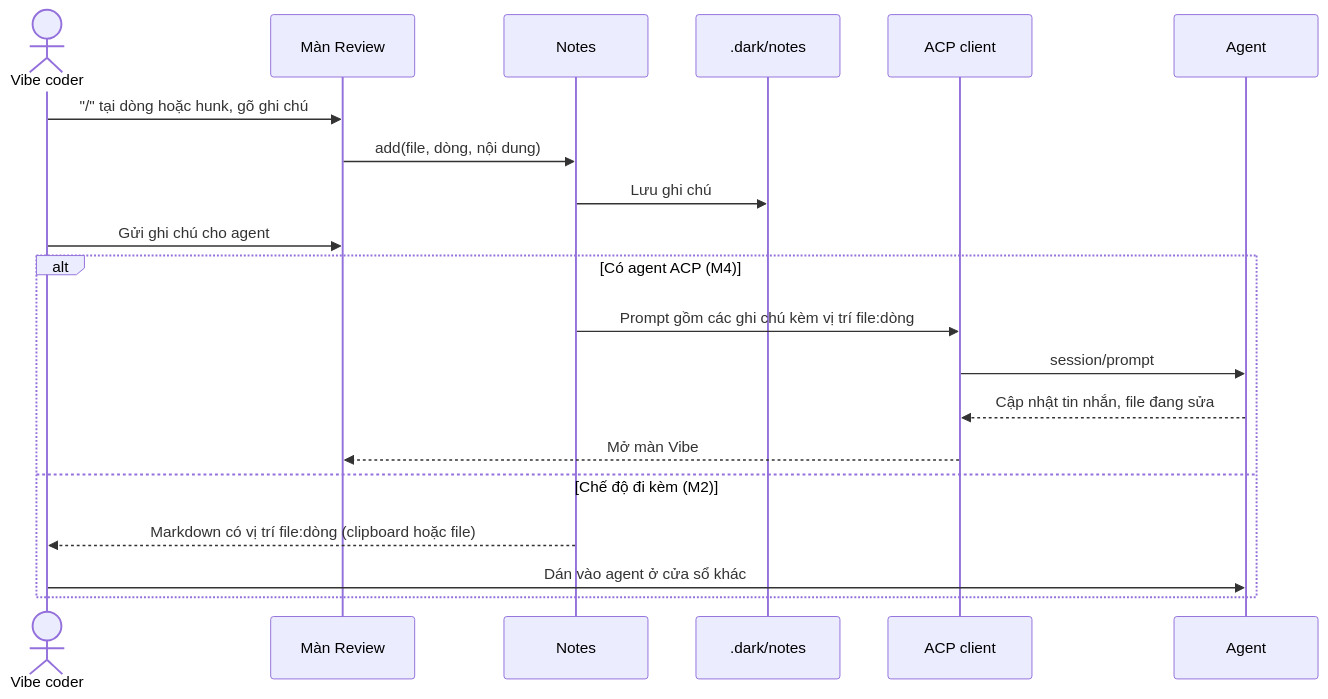
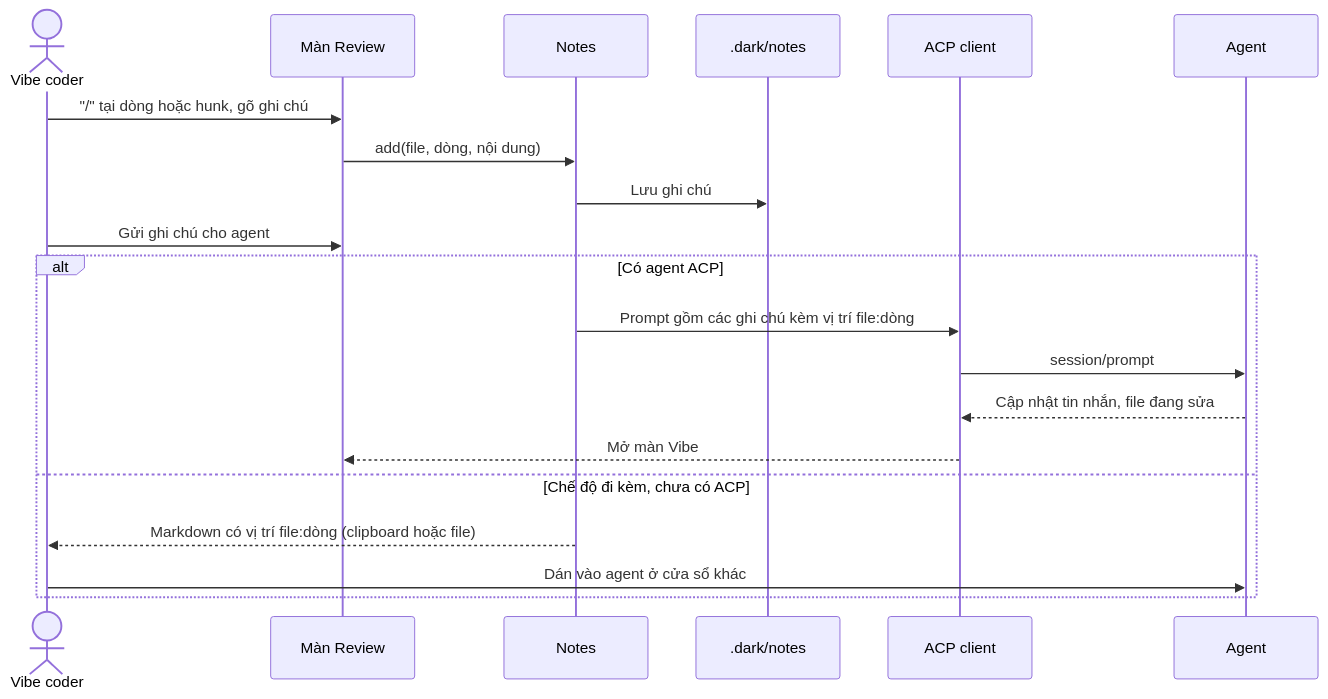
The fourth of 11 diagrams in docs/SEQUENCE.md (lhnhidev/dark), drawn with Mermaid before and after one commit. The commit also changed other lines of this file and 13 other files, not shown here.

Commit message:
docs: define seven-tab interface and roadmap

````diff
--- a/docs/SEQUENCE.md
+++ b/docs/SEQUENCE.md
@@ -99,23 +99,23 @@
 ```mermaid
 sequenceDiagram
     actor U as Vibe coder
     participant UI as Màn Review
     participant NT as Notes
     participant ST as .dark/notes
     participant AC as ACP client
     participant AG as Agent
 
     U->>UI: "/" tại dòng hoặc hunk, gõ ghi chú
     UI->>NT: add(file, dòng, nội dung)
     NT->>ST: Lưu ghi chú
     U->>UI: Gửi ghi chú cho agent
-    alt Có agent ACP (M4)
+    alt Có agent ACP
         NT->>AC: Prompt gồm các ghi chú kèm vị trí file:dòng
         AC->>AG: session/prompt
         AG-->>AC: Cập nhật tin nhắn, file đang sửa
         AC-->>UI: Mở màn Vibe
-    else Chế độ đi kèm (M2)
+    else Chế độ đi kèm, chưa có ACP
         NT-->>U: Markdown có vị trí file:dòng (clipboard hoặc file)
         U->>AG: Dán vào agent ở cửa sổ khác
     end
 ```
````
